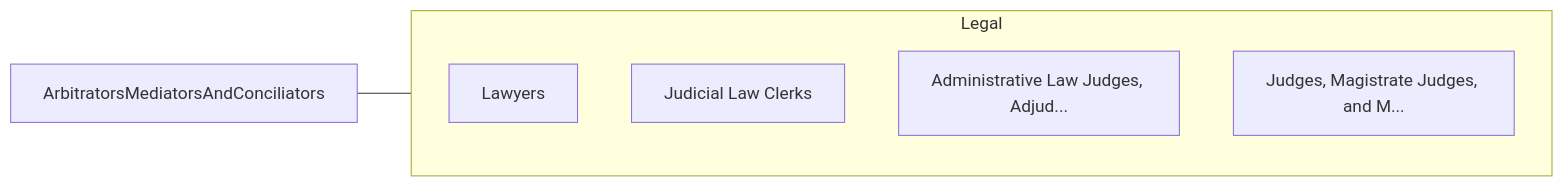
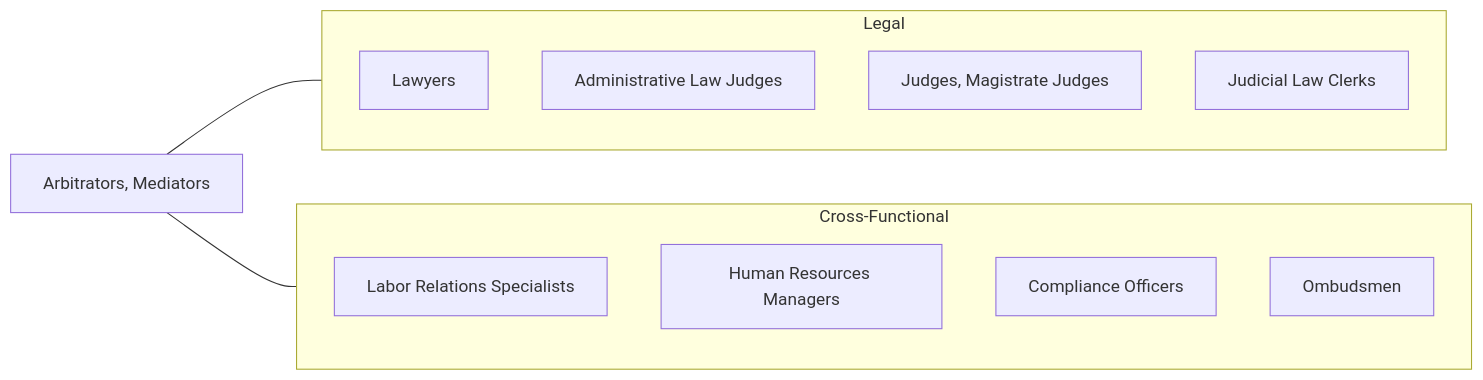
One commit to kziemski/business.org.ai changed the fourth of 4 diagrams in occupations/Legal/ArbitratorsMediatorsAndConciliators.mdx. Above: the diagram before and after it, drawn with Mermaid. The commit also changed other lines of this file and 938 other files, not shown here.

````diff
--- a/occupations/Legal/ArbitratorsMediatorsAndConciliators.mdx
+++ b/occupations/Legal/ArbitratorsMediatorsAndConciliators.mdx
@@ -113,13 +190,21 @@
 ```mermaid
 graph LR
-    Current["ArbitratorsMediatorsAndConciliators"]
+    Current["Arbitrators, Mediators"]
 
     subgraph SameCategory["Legal"]
         Lawyers["Lawyers"]
-        JudicialLawClerks["Judicial Law Clerks"]
-        AdministrativeLawJud["Administrative Law Judges, Adjud..."]
-        JudgesMagistrateJudg["Judges, Magistrate Judges, and M..."]
+        ALJ["Administrative Law Judges"]
+        Judges["Judges, Magistrate Judges"]
+        JLC["Judicial Law Clerks"]
+    end
+
+    subgraph CrossFunctional["Cross-Functional"]
+        LaborRel["Labor Relations Specialists"]
+        HRManagers["Human Resources Managers"]
+        CompOff["Compliance Officers"]
+        Ombudsmen["Ombudsmen"]
     end
 
     Current --- SameCategory
+    Current --- CrossFunctional
 ```
````
